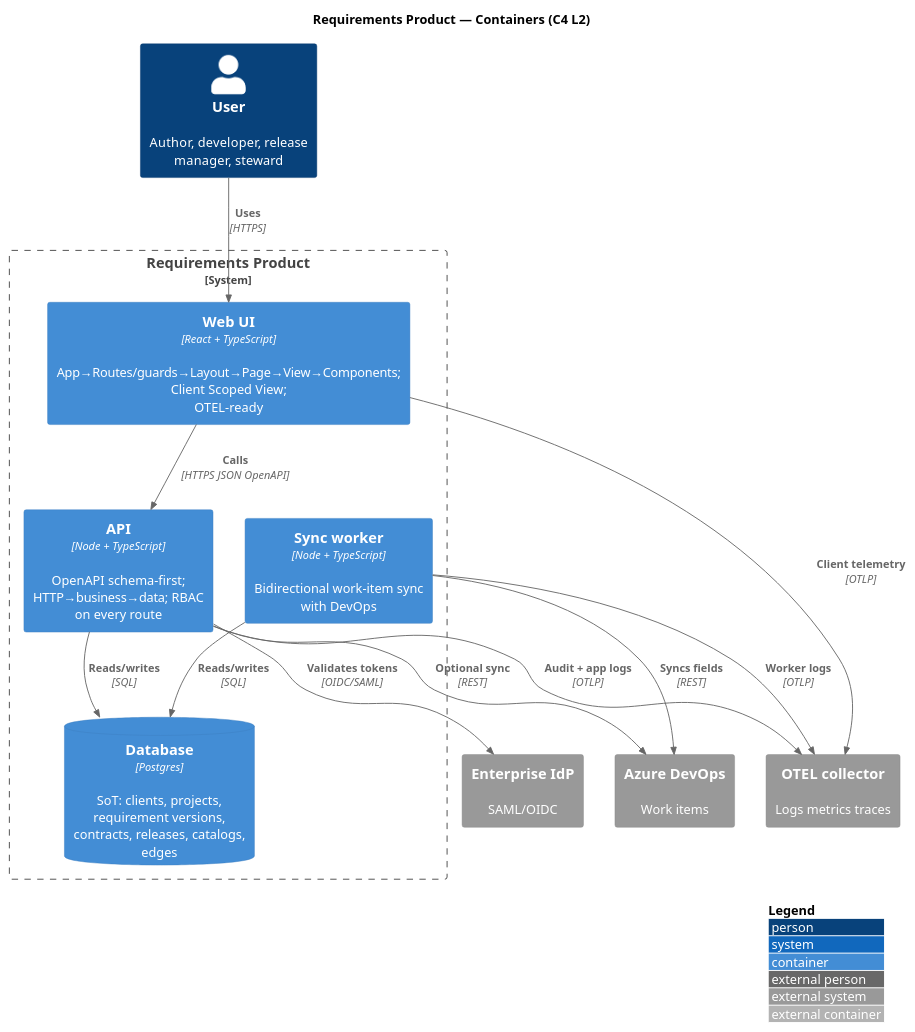
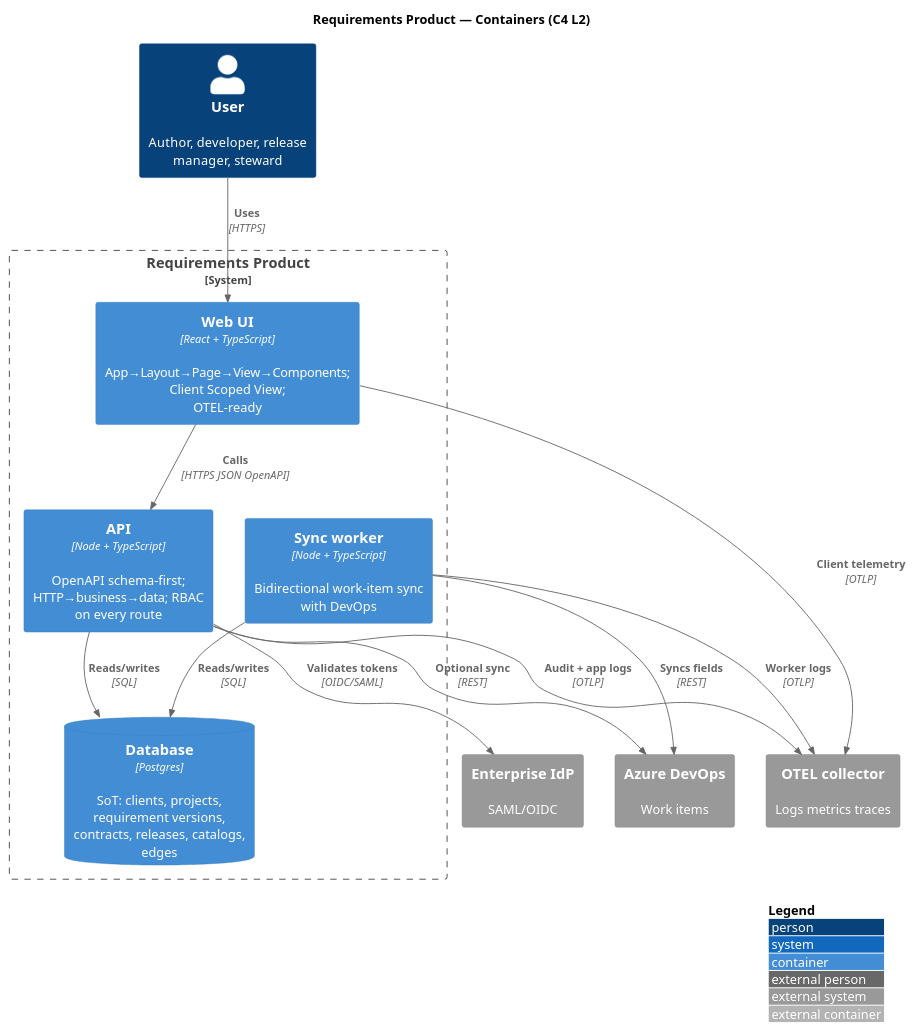
One commit to danrabydev/sdoc-intake changed the diagram in docs/design/c4/L2-containers.puml. Above: the diagram before and after it, drawn with PlantUML. The commit also changed 28 other files, not shown here.

First line of the commit message:
docs(c4): sync PNG renders, C4 includes, and L2/ERD PlantUML updates

```diff
--- a/docs/design/c4/L2-containers.puml
+++ b/docs/design/c4/L2-containers.puml
@@ -1,32 +1,32 @@
 @startuml L2-containers
 !include https://raw.githubusercontent.com/plantuml-stdlib/C4-PlantUML/master/C4_Container.puml
 
 LAYOUT_WITH_LEGEND()
 
 title Requirements Product — Containers (C4 L2)
 
 Person(user, "User", "Author, developer, release manager, steward")
 
 System_Boundary(reqprod, "Requirements Product") {
-  Container(web, "Web UI", "React + TypeScript", "App→Routes/guards→Layout→Page→View→Components; Client Scoped View; OTEL-ready")
+  Container(web, "Web UI", "React + TypeScript", "App→Layout→Page→View→Components; Client Scoped View; OTEL-ready")
   Container(api, "API", "Node + TypeScript", "OpenAPI schema-first; HTTP→business→data; RBAC on every route")
   Container(sync, "Sync worker", "Node + TypeScript", "Bidirectional work-item sync with DevOps")
   ContainerDb(db, "Database", "Postgres", "SoT: clients, projects, requirement versions, contracts, releases, catalogs, edges")
 }
 
 System_Ext(idp, "Enterprise IdP", "SAML/OIDC")
 System_Ext(ado, "Azure DevOps", "Work items")
 System_Ext(otel, "OTEL collector", "Logs metrics traces")
 
 Rel(user, web, "Uses", "HTTPS")
 Rel(web, api, "Calls", "HTTPS JSON OpenAPI")
 Rel(api, db, "Reads/writes", "SQL")
 Rel(sync, db, "Reads/writes", "SQL")
 Rel(api, idp, "Validates tokens", "OIDC/SAML")
 Rel(api, ado, "Optional sync", "REST")
 Rel(sync, ado, "Syncs fields", "REST")
 Rel(web, otel, "Client telemetry", "OTLP")
 Rel(api, otel, "Audit + app logs", "OTLP")
 Rel(sync, otel, "Worker logs", "OTLP")
 
 @enduml
```
